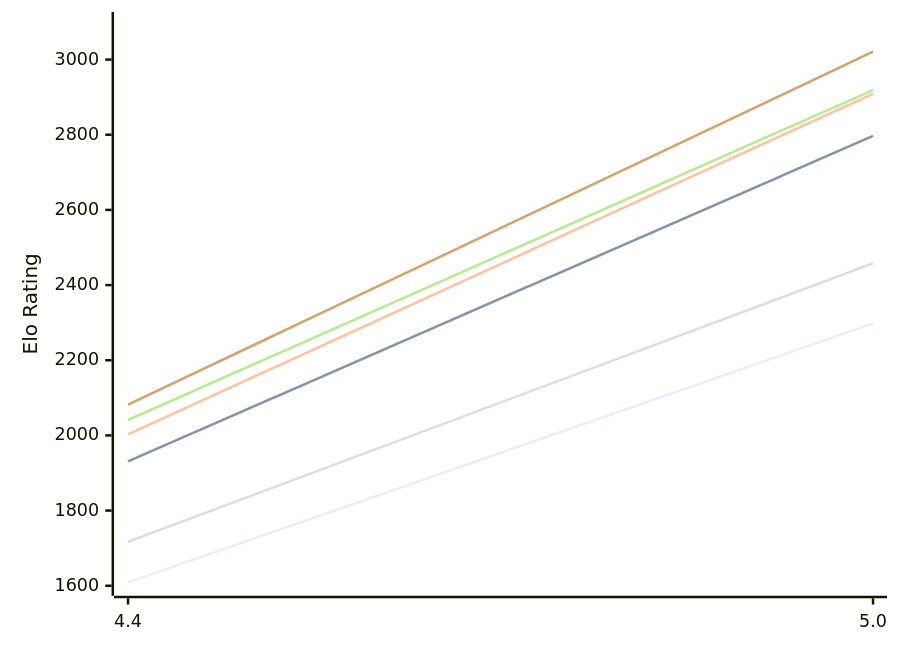
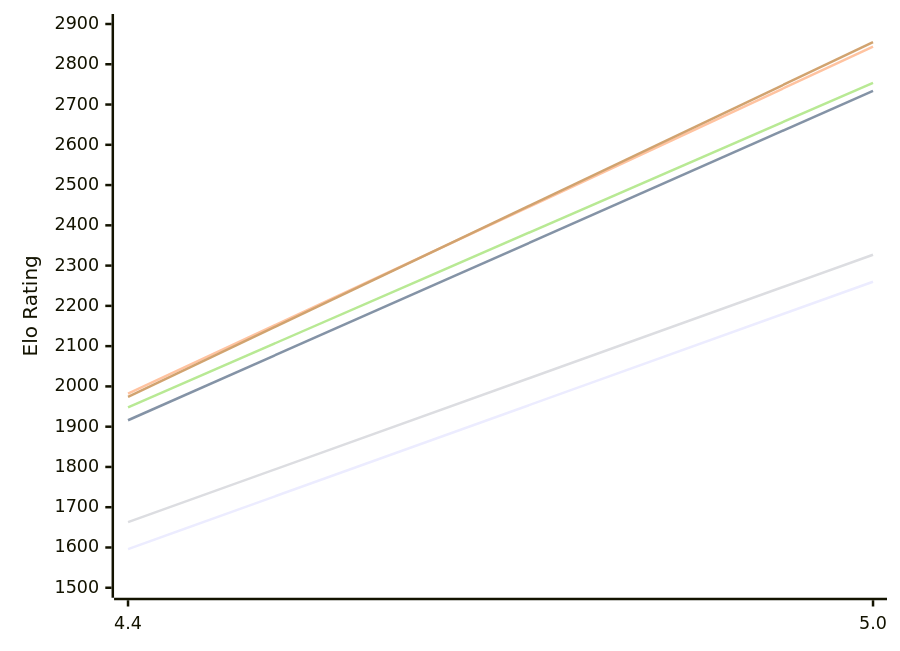
One commit to computer-chess-index/cci changed the first of 2 diagrams in engines/Radiance.md. Above: the diagram before and after it, drawn with Mermaid. The commit also changed other lines of this file, not shown here.

Commit message:
Update CCI Ratings (ELO VLTC) - 2026-11-13

````diff
--- a/engines/Radiance.md
+++ b/engines/Radiance.md
@@ -51,12 +51,12 @@
 ```mermaid
 %%{init: {"theme":"base","themeVariables":{"seriesColors:['#a3a3a3','#222221','#faa371']}}}%%
 xychart-beta
   x-axis ["4.4", "5.0"]
-  y-axis "Elo Rating" 1600 --> 3100
-  line "E1: STC (8.0+0.08s)" [1609, 2298]
-  line "E1: LTC (60.0+0.60s)" [1931, 2797]
-  line "E1: VLTC (2m24s+1.12s)" [2003, 2909]
-  line "P1: STC (8.0+0.08s)" [1717, 2458]
-  line "P1: LTC (60.0+0.60s)" [2041, 2919]
-  line "P1: VLTC (2m24s+1.12s)" [2082, 3021]
+  y-axis "Elo Rating" 1500 --> 2900
+  line "E1: STC (8.0+0.08s)" [1596, 2260]
+  line "E1: LTC (60.0+0.60s)" [1916, 2734]
+  line "E1: VLTC (2m24s+1.12s)" [1982, 2844]
+  line "P1: STC (8.0+0.08s)" [1663, 2327]
+  line "P1: LTC (60.0+0.60s)" [1948, 2754]
+  line "P1: VLTC (2m24s+1.12s)" [1974, 2855]
 ```
````
